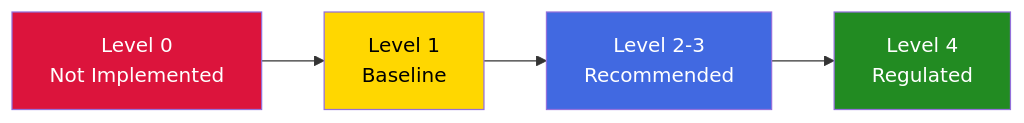
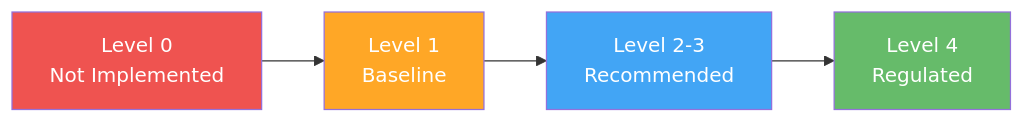
The second of 2 diagrams in docs/getting-started/overview.md (judeper/FSI-AgentGov), drawn with Mermaid before and after one commit. The commit also changed other lines of this file and 2 other files, not shown here.

Commit message:
Update mermaid diagrams to Material Design color palette
- Replace saturated colors with Material Design 400 series
- Zone colors: Green (#66BB6A), Orange (#FFA726), Red (#EF5350)
- Pillar colors: Blue, Green, Orange, Purple (Material 400)
- Maturity levels: Consistent progression from red to green
- Improves visual consistency and professional appearance

````diff
--- a/docs/getting-started/overview.md
+++ b/docs/getting-started/overview.md
@@ -144,14 +144,14 @@
 ```mermaid
 graph LR
     L0[Level 0<br/>Not Implemented]
     L1[Level 1<br/>Baseline]
     L23[Level 2-3<br/>Recommended]
     L4[Level 4<br/>Regulated]
 
     L0 --> L1 --> L23 --> L4
 
-    style L0 fill:#DC143C,color:#fff
-    style L1 fill:#FFD700,color:#000
-    style L23 fill:#4169E1,color:#fff
-    style L4 fill:#228B22,color:#fff
+    style L0 fill:#EF5350,color:#fff
+    style L1 fill:#FFA726,color:#fff
+    style L23 fill:#42A5F5,color:#fff
+    style L4 fill:#66BB6A,color:#fff
 ```
````
